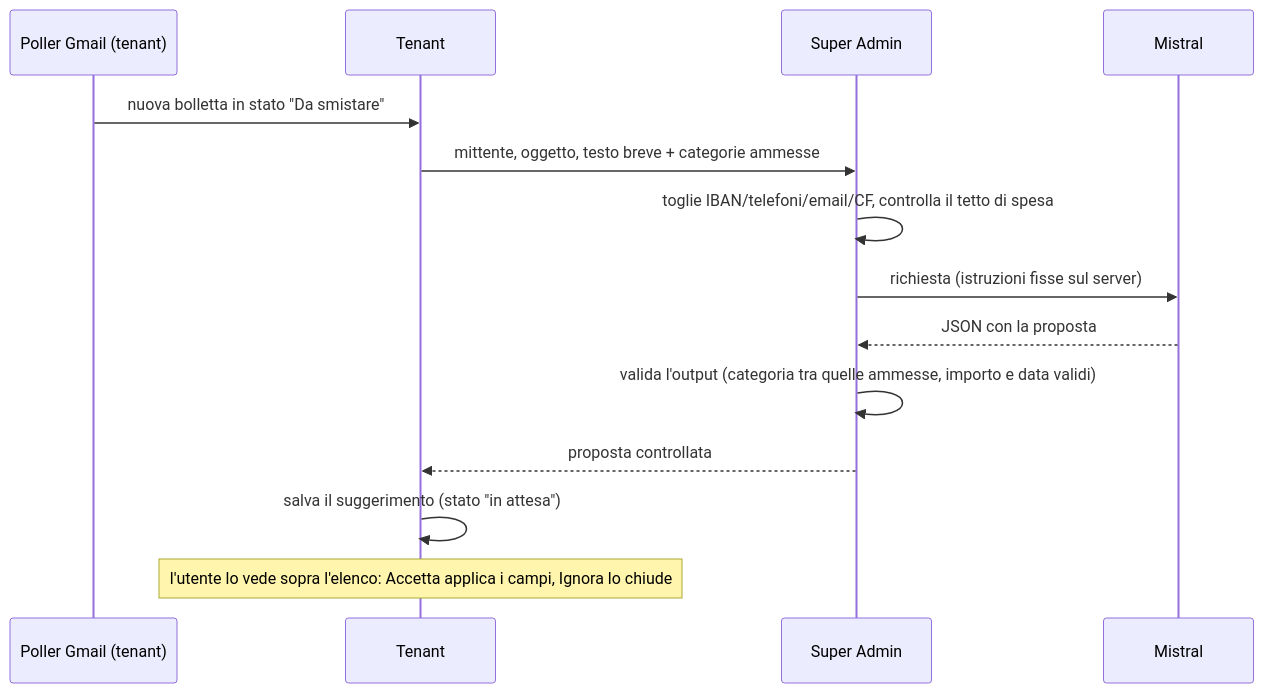
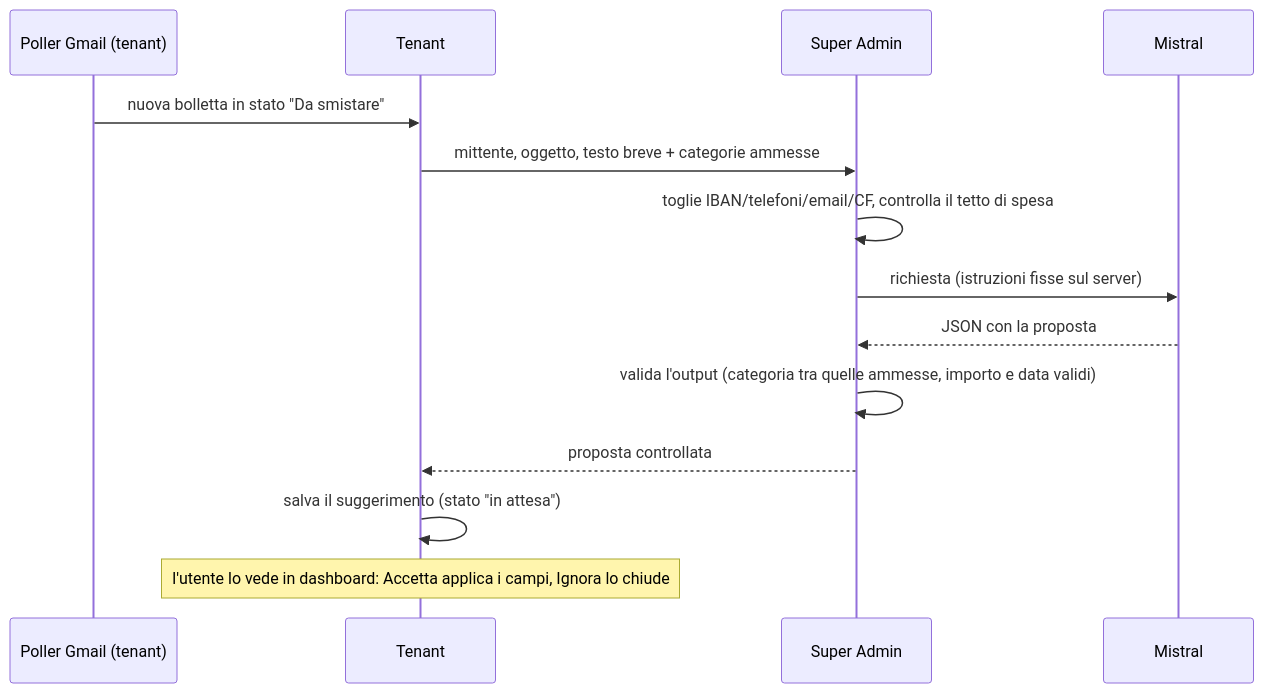
Before and after one commit to nkzbs/platform: the third of 3 diagrams in ARCHITETTURA.md, drawn with Mermaid. The commit also changed 7 other files, not shown here.

Commit message:
Proposte dell'assistente in dashboard, un elenco solo per casa e personali

````diff
--- a/ARCHITETTURA.md
+++ b/ARCHITETTURA.md
@@ -148,16 +148,16 @@
 ```mermaid
 sequenceDiagram
   participant G as Poller Gmail (tenant)
   participant T as Tenant
   participant SA as Super Admin
   participant M as Mistral
   G->>T: nuova bolletta in stato "Da smistare"
   T->>SA: mittente, oggetto, testo breve + categorie ammesse
   SA->>SA: toglie IBAN/telefoni/email/CF, controlla il tetto di spesa
   SA->>M: richiesta (istruzioni fisse sul server)
   M-->>SA: JSON con la proposta
   SA->>SA: valida l'output (categoria tra quelle ammesse, importo e data validi)
   SA-->>T: proposta controllata
   T->>T: salva il suggerimento (stato "in attesa")
-  Note over T: l'utente lo vede sopra l'elenco: Accetta applica i campi, Ignora lo chiude
+  Note over T: l'utente lo vede in dashboard: Accetta applica i campi, Ignora lo chiude
 ```
````
